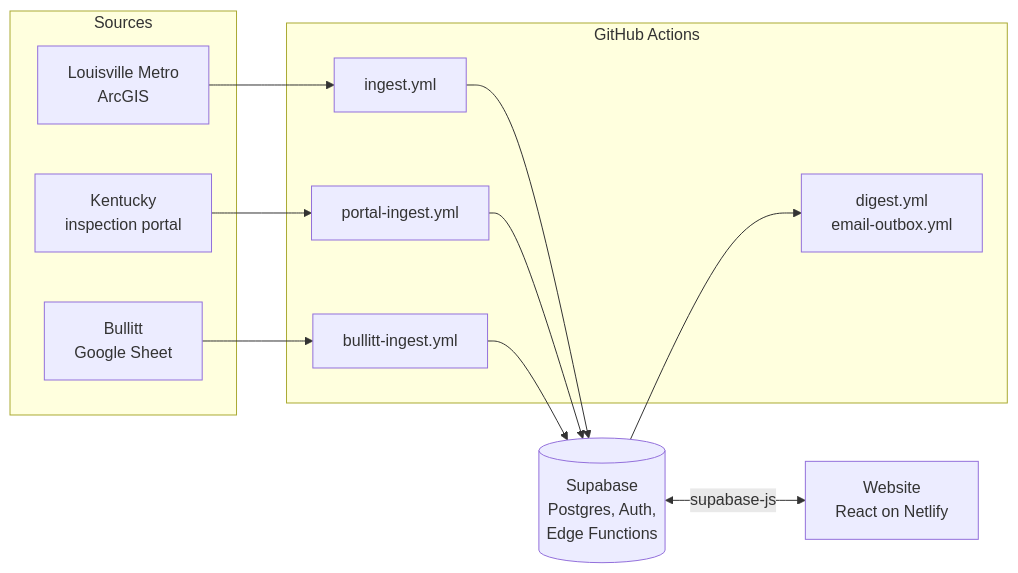
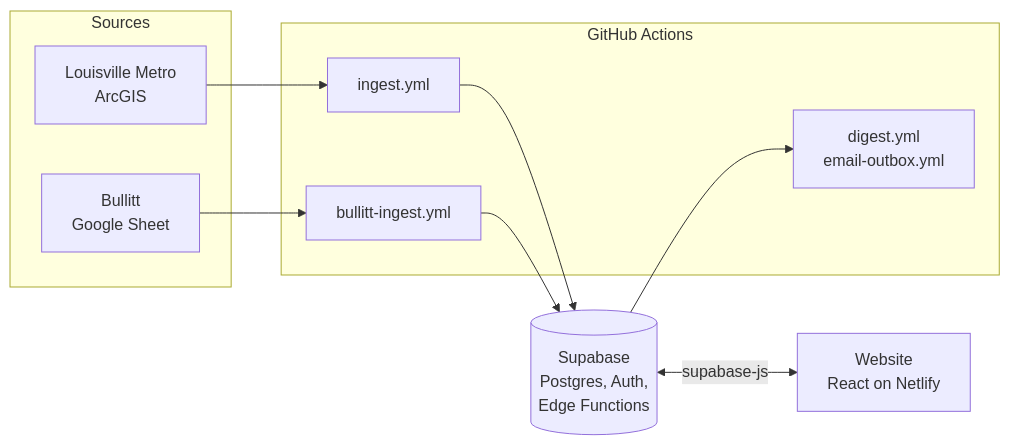
The first of 3 diagrams in docs/ARCHITECTURE.md (AndyGutterman/Louisville-Health-Inspection-Map), drawn with Mermaid before and after one commit. The commit also changed other lines of this file and 5 other files, not shown here.

````diff
--- a/docs/ARCHITECTURE.md
+++ b/docs/ARCHITECTURE.md
@@ -7,24 +7,21 @@
 ```mermaid
 flowchart LR
   subgraph sources["Sources"]
     arcgis["Louisville Metro<br/>ArcGIS"]
-    portal["Kentucky<br/>inspection portal"]
     sheet["Bullitt<br/>Google Sheet"]
   end
 
   subgraph jobs["GitHub Actions"]
     ingest["ingest.yml"]
-    portaljob["portal-ingest.yml"]
     bullittjob["bullitt-ingest.yml"]
     emails["digest.yml<br/>email-outbox.yml"]
   end
 
   db[("Supabase<br/>Postgres, Auth,<br/>Edge Functions")]
   site["Website<br/>React on Netlify"]
 
   arcgis --> ingest --> db
-  portal --> portaljob --> db
   sheet --> bullittjob --> db
   db --> emails
   db <-->|supabase-js| site
 ```
````
